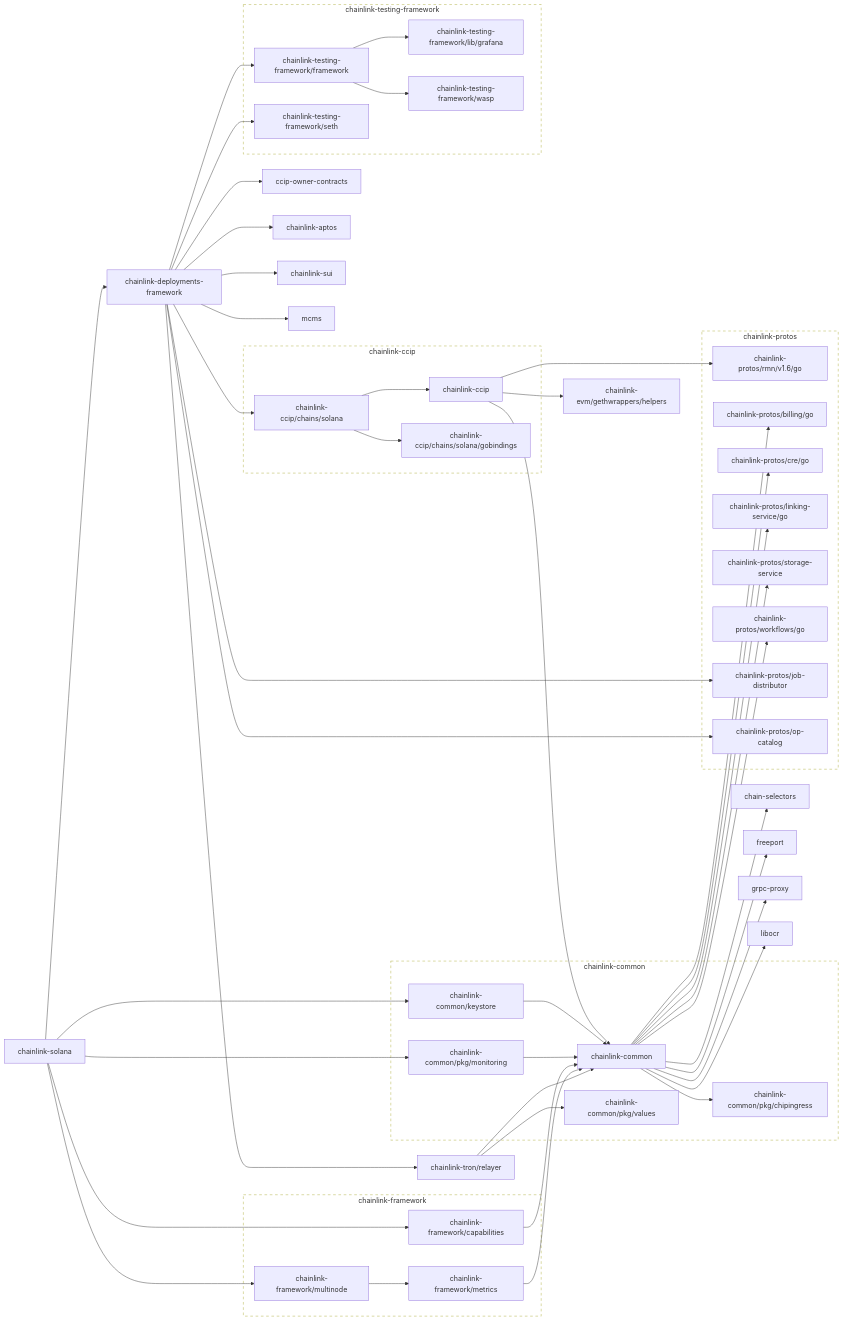
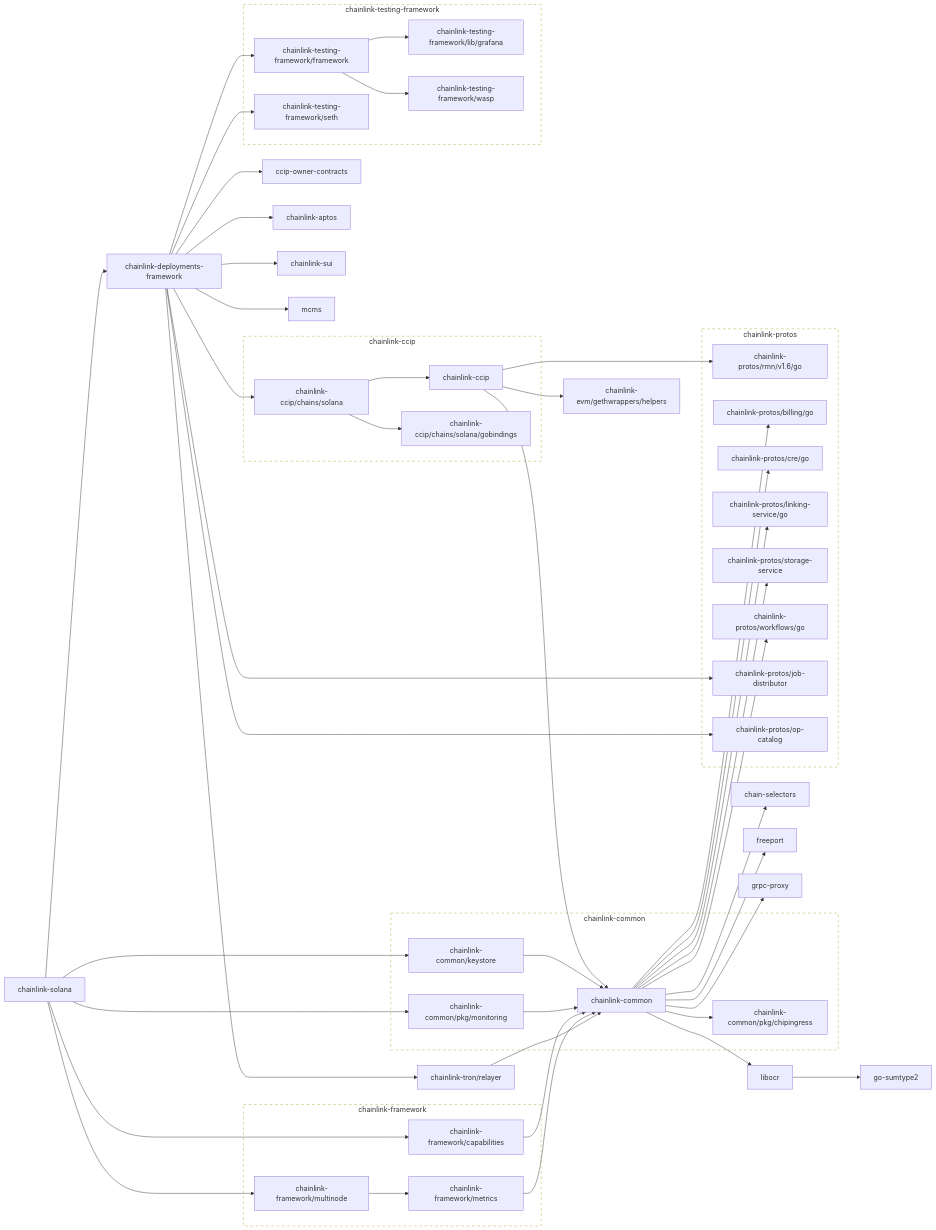
One commit to smartcontractkit/chainlink-solana changed the first of 2 diagrams in go.md. Above: the diagram before and after it, drawn with Mermaid. The commit also changed other lines of this file and 1 other file, not shown here.

```diff
--- a/go.md
+++ b/go.md
@@ -35,8 +35,6 @@
 	click chainlink-common/pkg/chipingress href "https://github.com/smartcontractkit/chainlink-common"
 	chainlink-common/pkg/monitoring --> chainlink-common
 	click chainlink-common/pkg/monitoring href "https://github.com/smartcontractkit/chainlink-common"
-	chainlink-common/pkg/values
-	click chainlink-common/pkg/values href "https://github.com/smartcontractkit/chainlink-common"
 	chainlink-deployments-framework --> ccip-owner-contracts
 	chainlink-deployments-framework --> chainlink-aptos
 	chainlink-deployments-framework --> chainlink-ccip/chains/solana
@@ -90,13 +88,14 @@
 	chainlink-testing-framework/wasp
 	click chainlink-testing-framework/wasp href "https://github.com/smartcontractkit/chainlink-testing-framework"
 	chainlink-tron/relayer --> chainlink-common
-	chainlink-tron/relayer --> chainlink-common/pkg/values
 	click chainlink-tron/relayer href "https://github.com/smartcontractkit/chainlink-tron"
 	freeport
 	click freeport href "https://github.com/smartcontractkit/freeport"
+	go-sumtype2
+	click go-sumtype2 href "https://github.com/smartcontractkit/go-sumtype2"
 	grpc-proxy
 	click grpc-proxy href "https://github.com/smartcontractkit/grpc-proxy"
-	libocr
+	libocr --> go-sumtype2
 	click libocr href "https://github.com/smartcontractkit/libocr"
 	mcms
 	click mcms href "https://github.com/smartcontractkit/mcms"
@@ -113,7 +112,6 @@
 		 chainlink-common/keystore
 		 chainlink-common/pkg/chipingress
 		 chainlink-common/pkg/monitoring
-		 chainlink-common/pkg/values
 	end
 	click chainlink-common-repo href "https://github.com/smartcontractkit/chainlink-common"
 
```
